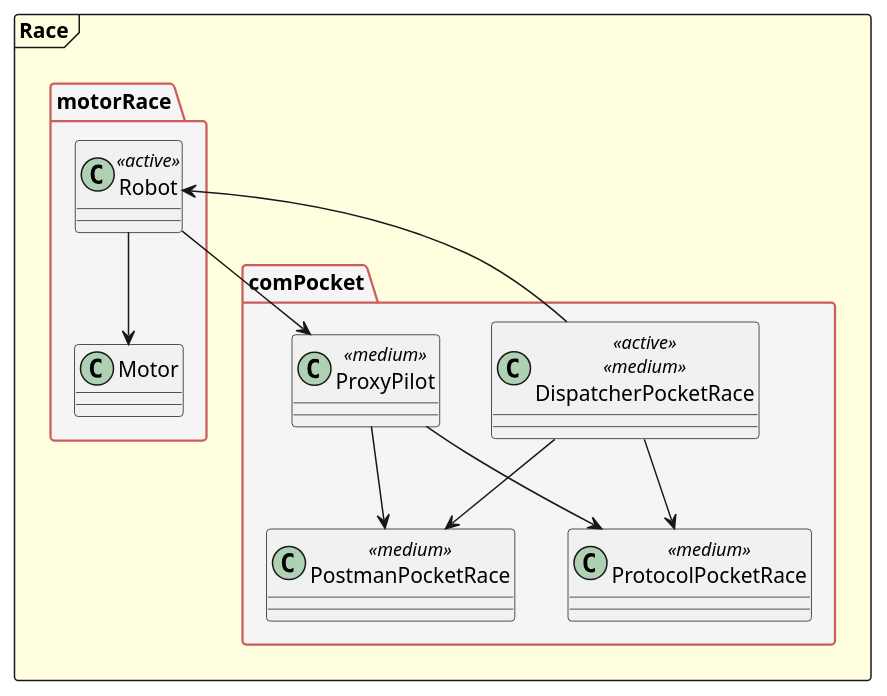
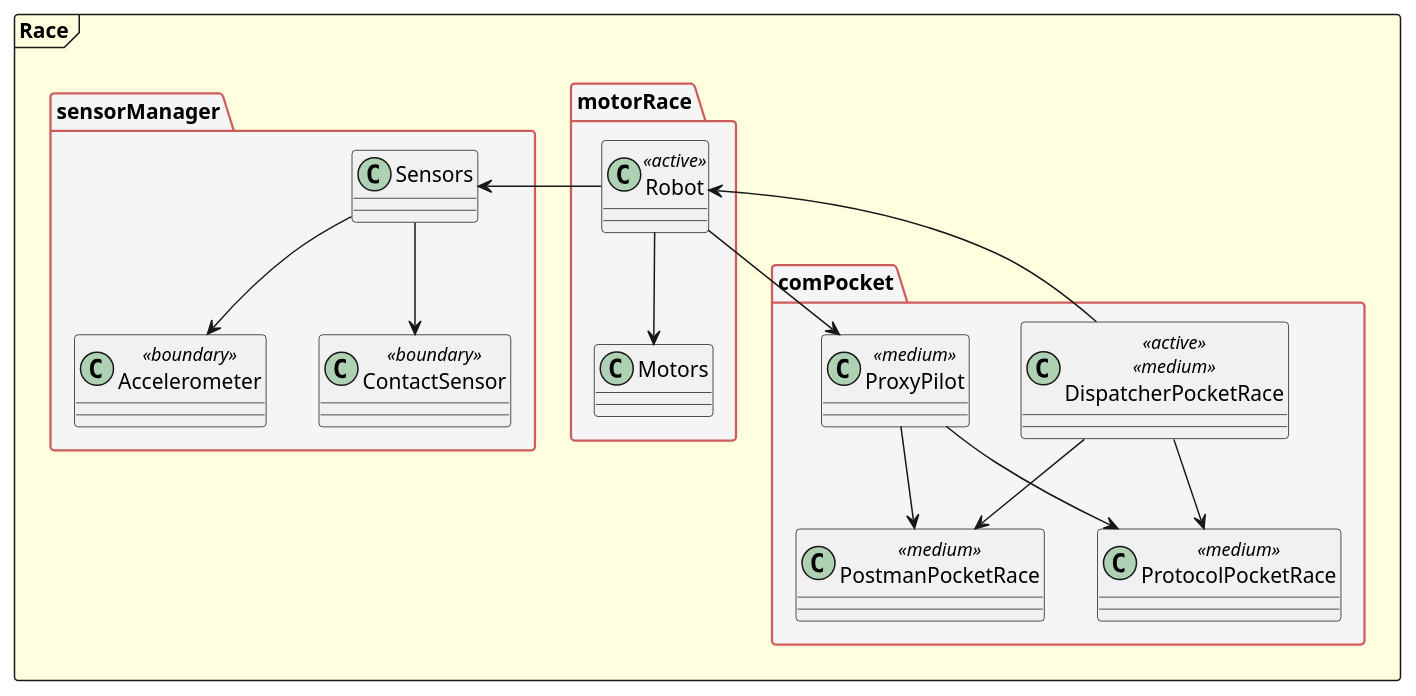
The diagram in Documentation/images/architectureRace/architecture_race.puml (arnaudHin/PFE-ScoutBOT), drawn with PlantUML before and after one commit. The commit also changed 1 other file, not shown here.

Commit message:
[CREAT] Race UML

```diff
--- a/Documentation/images/architectureRace/architecture_race.puml
+++ b/Documentation/images/architectureRace/architecture_race.puml
@@ -3,35 +3,46 @@
 @startuml
 
 
 skinparam monochrome false
 skinparam shadowing false
 
 frame Race as "Race" #LightYellow {
 
     folder comPocket as "comPocket" #WhiteSmoke;line:IndianRed; {
         class PostmanPocketRace <<medium>>
         class DispatcherPocketRace <<active>> <<medium>> 
         class ProtocolPocketRace <<medium>>
         class ProxyPilot <<medium>>
     }
 
     folder motorRace as "motorRace" #WhiteSmoke;line:IndianRed; {
         class Robot <<active>>
-        class Motor
+        class Motors
+    }
+
+    folder sensorManager as "sensorManager" #WhiteSmoke;line:IndianRed;{
+        class Accelerometer <<boundary>>
+        class ContactSensor <<boundary>>
+        class Sensors
     }
 
 }
 
 DispatcherPocketRace --> PostmanPocketRace
 ProxyPilot --> PostmanPocketRace
 ProxyPilot --> ProtocolPocketRace
 DispatcherPocketRace --> ProtocolPocketRace
 
 Robot --> ProxyPilot
-Robot --> Motor
+Robot --> Motors
+Sensors --> Accelerometer
+Sensors --> ContactSensor
+
+Robot -l-> Sensors
+
 DispatcherPocketRace -> Robot
 
 
 
 
 @enduml
```
